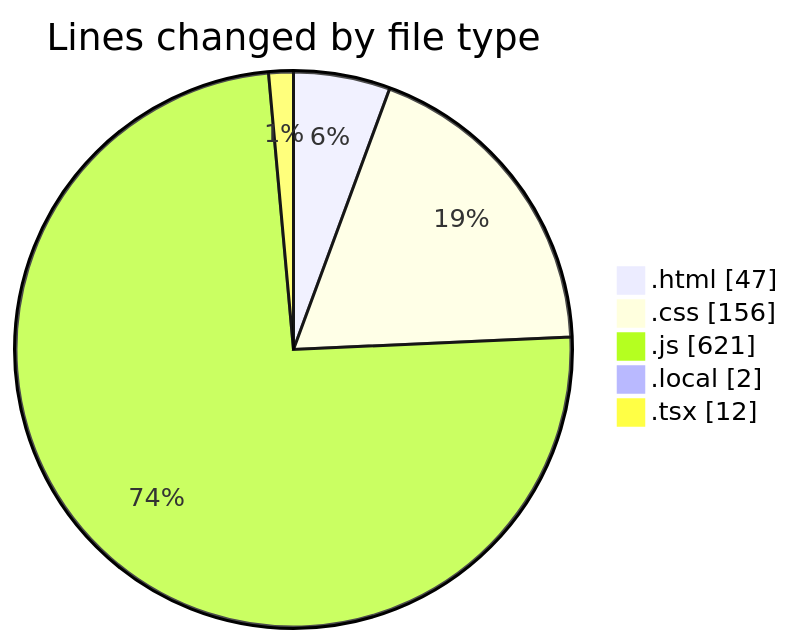
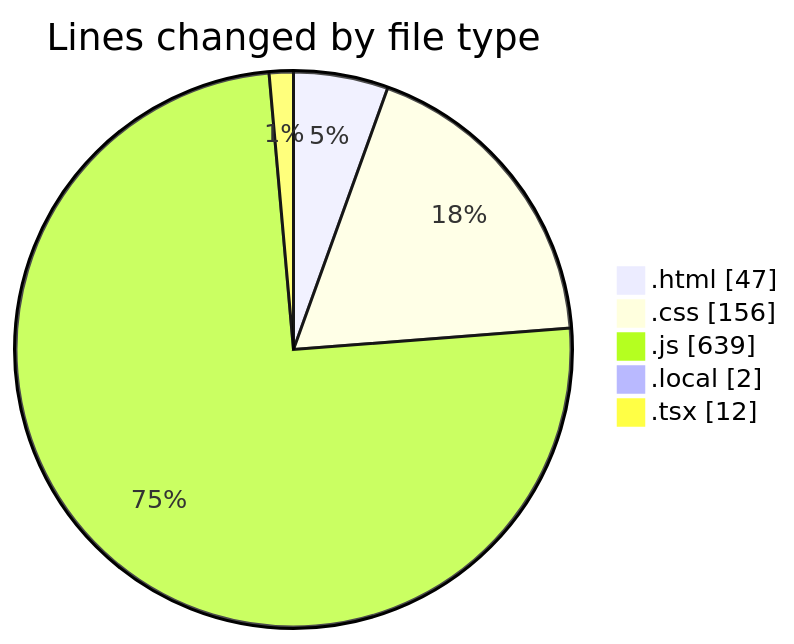
Before and after one commit to Ritupan-Deka/code-tracking: the first of 2 diagrams in 2025-05-03/projects/README.md, drawn with Mermaid. The commit also changed other lines of this file and 1 other file, not shown here.

````diff
--- a/2025-05-03/projects/README.md
+++ b/2025-05-03/projects/README.md
@@ -31,9 +31,9 @@
 ```mermaid
 pie showData
 title Lines changed by file type
 ".html" : 47
 ".css" : 156
-".js" : 621
+".js" : 639
 ".local" : 2
 ".tsx" : 12
 ```
````
